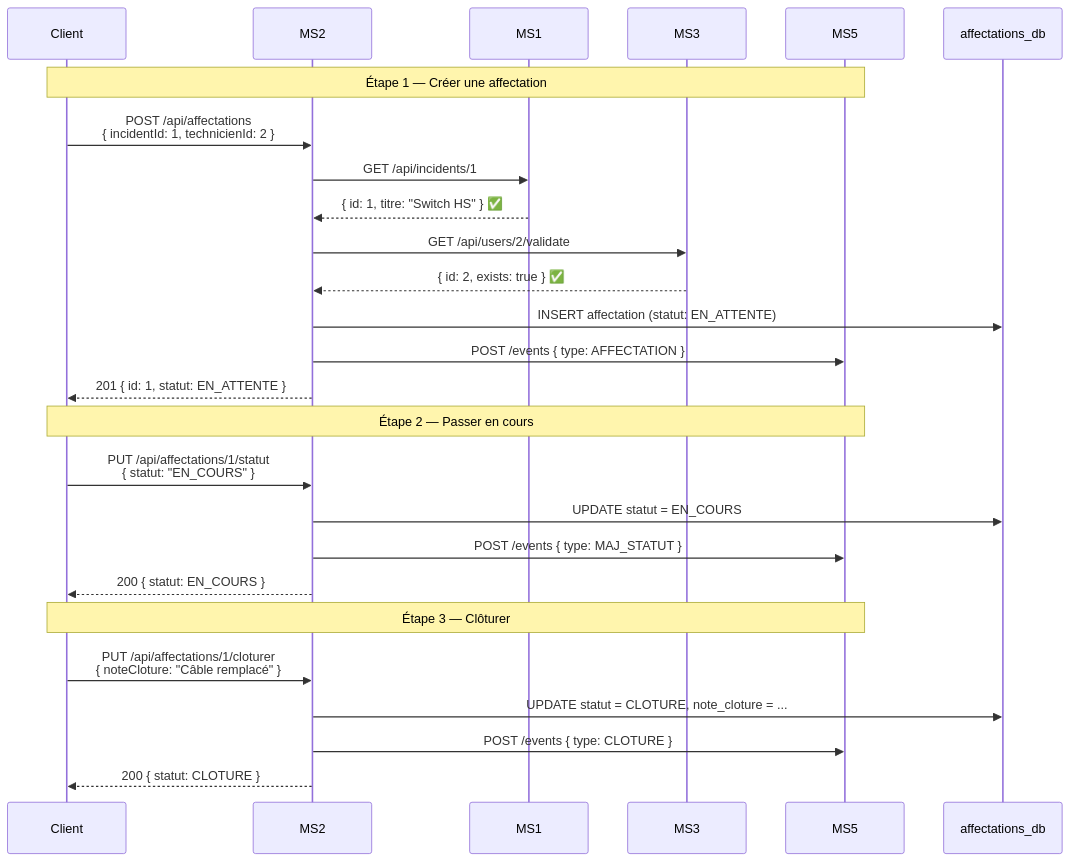
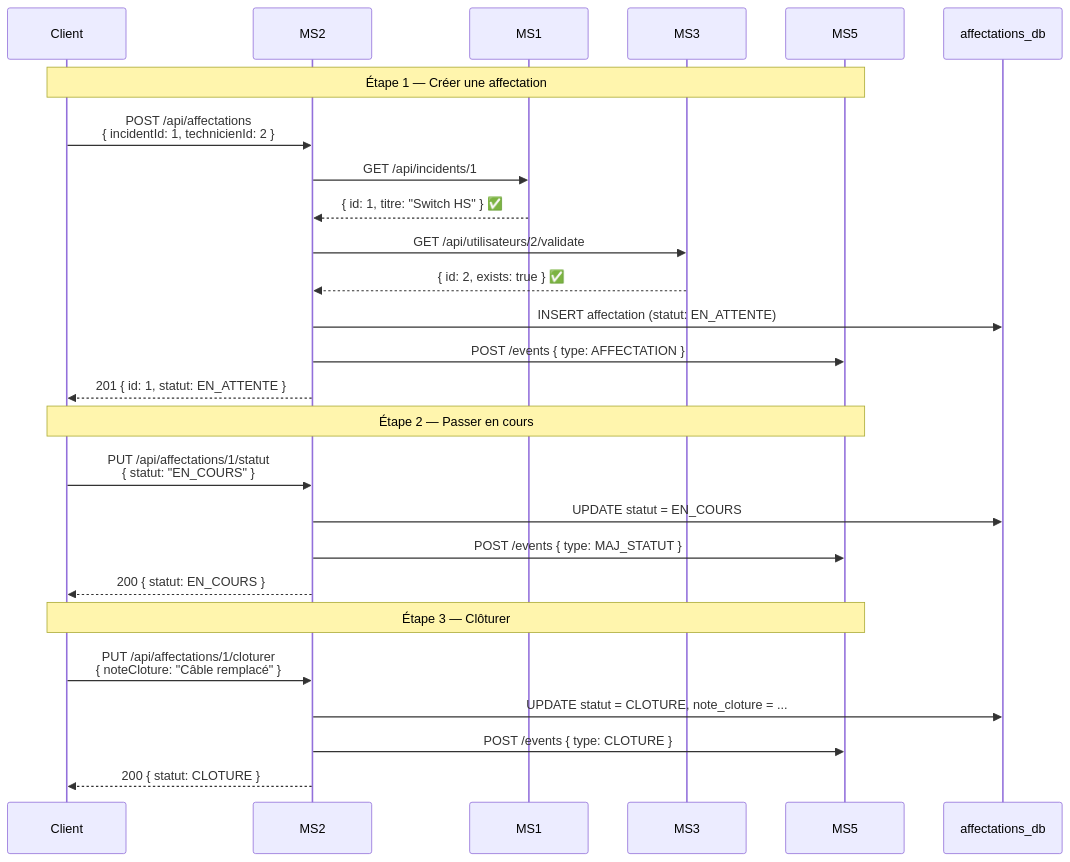
Before and after one commit to ZAKARIAE48CHELLE/gestion-des-incidents-IT: the second of 2 diagrams in Affectation-Et-Traitement/walkthrough_withSqquonce.md, drawn with Mermaid. The commit also changed other lines of this file and 12 other files, not shown here.

````diff
--- a/Affectation-Et-Traitement/walkthrough_withSqquonce.md
+++ b/Affectation-Et-Traitement/walkthrough_withSqquonce.md
@@ -381,31 +381,31 @@
 ```mermaid
 sequenceDiagram
     participant Client
     participant MS2
     participant MS1
     participant MS3
     participant MS5
     participant DB as affectations_db
 
     Note over Client,MS5: Étape 1 — Créer une affectation
     Client->>MS2: POST /api/affectations<br/>{ incidentId: 1, technicienId: 2 }
     MS2->>MS1: GET /api/incidents/1
     MS1-->>MS2: { id: 1, titre: "Switch HS" } ✅
-    MS2->>MS3: GET /api/users/2/validate
+    MS2->>MS3: GET /api/utilisateurs/2/validate
     MS3-->>MS2: { id: 2, exists: true } ✅
     MS2->>DB: INSERT affectation (statut: EN_ATTENTE)
     MS2->>MS5: POST /events { type: AFFECTATION }
     MS2-->>Client: 201 { id: 1, statut: EN_ATTENTE }
 
     Note over Client,MS5: Étape 2 — Passer en cours
     Client->>MS2: PUT /api/affectations/1/statut<br/>{ statut: "EN_COURS" }
     MS2->>DB: UPDATE statut = EN_COURS
     MS2->>MS5: POST /events { type: MAJ_STATUT }
     MS2-->>Client: 200 { statut: EN_COURS }
 
     Note over Client,MS5: Étape 3 — Clôturer
     Client->>MS2: PUT /api/affectations/1/cloturer<br/>{ noteCloture: "Câble remplacé" }
     MS2->>DB: UPDATE statut = CLOTURE, note_cloture = ...
     MS2->>MS5: POST /events { type: CLOTURE }
     MS2-->>Client: 200 { statut: CLOTURE }
 ```
````
